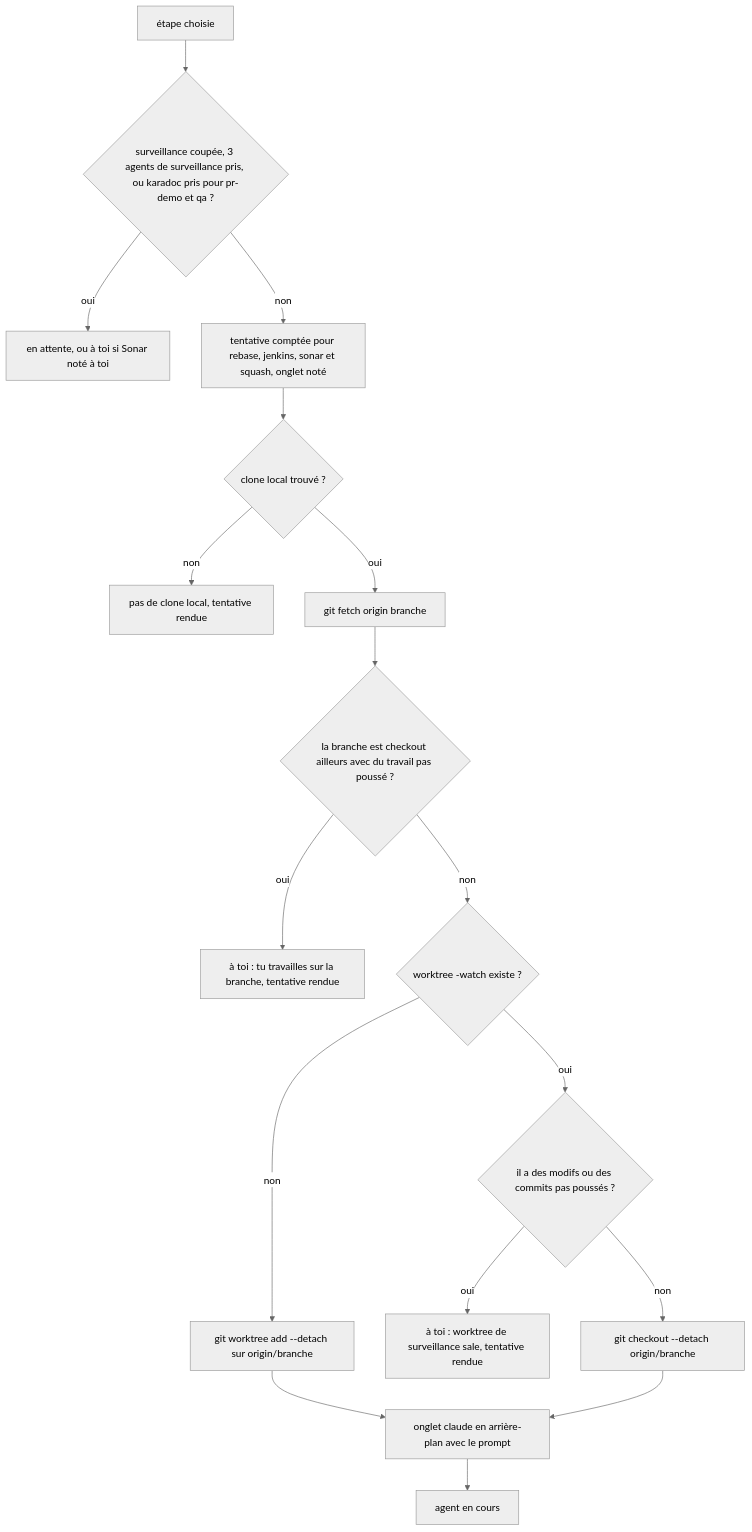
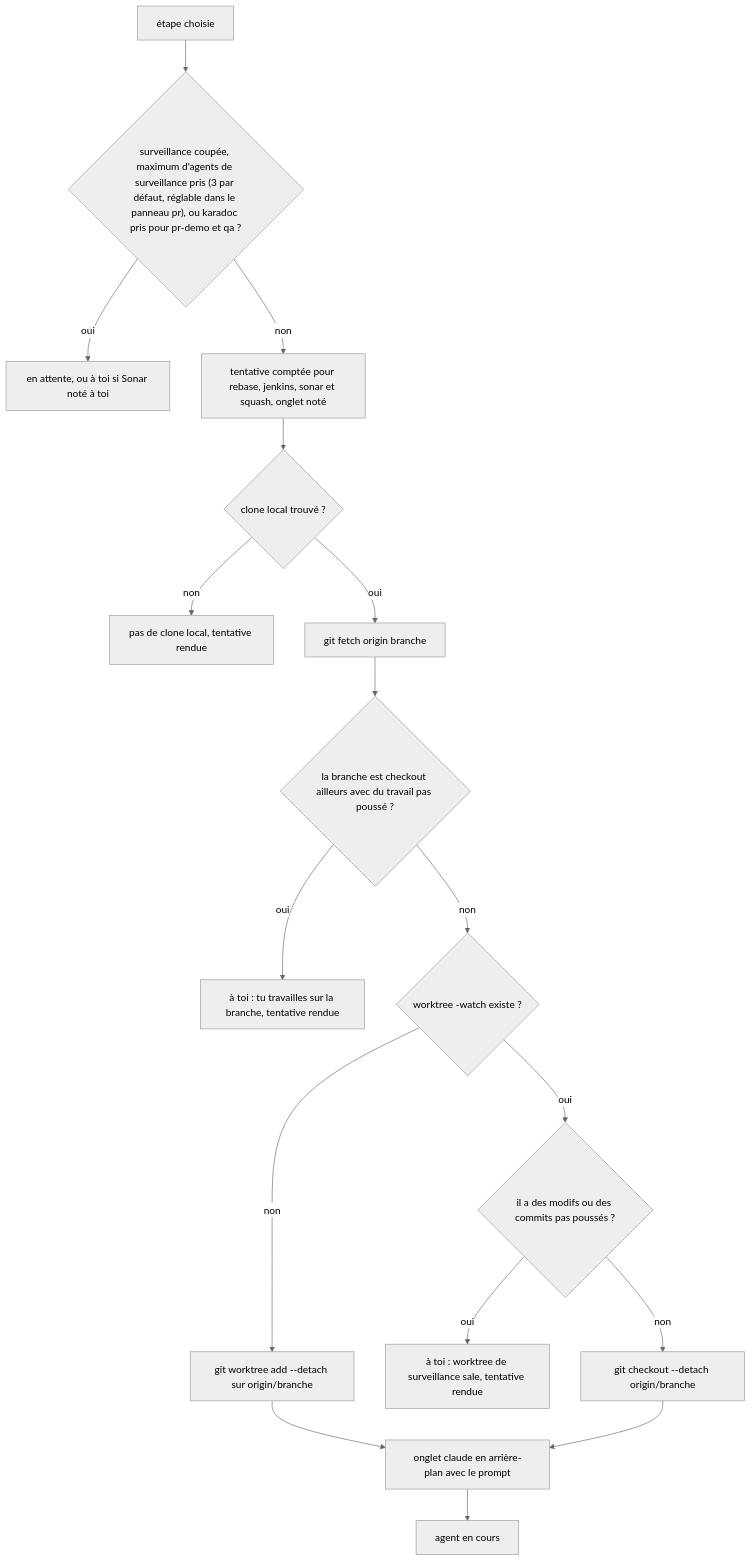
The second of 2 diagrams in .config/herdr-app/mods/status-jc/README.md (jcgay/dotfiles), drawn with Mermaid (neutral theme) before and after one commit. The commit also changed other lines of this file and 5 other files, not shown here.

````diff
--- a/.config/herdr-app/mods/status-jc/README.md
+++ b/.config/herdr-app/mods/status-jc/README.md
@@ -96,19 +96,19 @@
 ```mermaid
 flowchart TD
-  S["étape choisie"] --> G{"surveillance coupée, 3 agents de surveillance pris, ou karadoc pris pour pr-demo et qa ?"}
+  S["étape choisie"] --> G{"surveillance coupée, maximum d'agents de surveillance pris (3 par défaut, réglable dans le panneau pr), ou karadoc pris pour pr-demo et qa ?"}
   G -->|oui| W["en attente, ou à toi si Sonar noté à toi"]
   G -->|non| P["tentative comptée pour rebase, jenkins, sonar et squash, onglet noté"]
   P --> C{"clone local trouvé ?"}
   C -->|non| Lnc["pas de clone local, tentative rendue"]
   C -->|oui| F["git fetch origin branche"]
   F --> B{"la branche est checkout ailleurs avec du travail pas poussé ?"}
   B -->|oui| Ly["à toi : tu travailles sur la branche, tentative rendue"]
   B -->|non| X{"worktree -watch existe ?"}
   X -->|non| Add["git worktree add --detach sur origin/branche"]
   X -->|oui| D{"il a des modifs ou des commits pas poussés ?"}
   D -->|oui| Ly2["à toi : worktree de surveillance sale, tentative rendue"]
   D -->|non| Co["git checkout --detach origin/branche"]
   Add --> T["onglet claude en arrière-plan avec le prompt"]
   Co --> T
   T --> Lr["agent en cours"]
 ```
````
